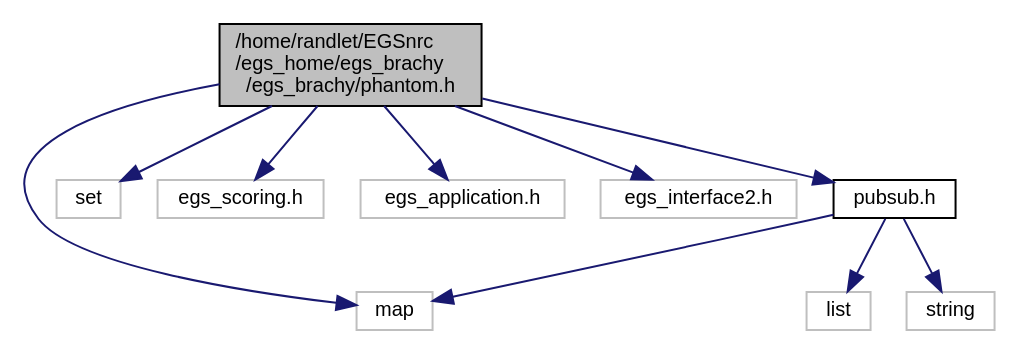
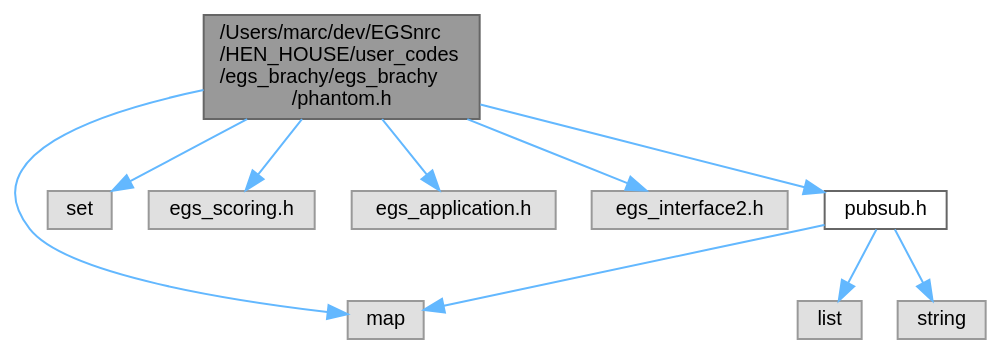
Before and after one commit to clrp-code/egs_brachy: the diagram in docs/phantom_8h__incl.dot, drawn with Graphviz. The commit also changed 1817 other files, not shown here.

```diff
--- a/docs/phantom_8h__incl.dot
+++ b/docs/phantom_8h__incl.dot
@@ -1,23 +1,25 @@
-digraph "/home/randlet/EGSnrc/egs_home/egs_brachy/egs_brachy/phantom.h"
+digraph "/Users/marc/dev/EGSnrc/HEN_HOUSE/user_codes/egs_brachy/egs_brachy/phantom.h"
 {
-  edge [fontname="Helvetica",fontsize="10",labelfontname="Helvetica",labelfontsize="10"];
-  node [fontname="Helvetica",fontsize="10",shape=record];
-  Node0 [label="/home/randlet/EGSnrc\l/egs_home/egs_brachy\l/egs_brachy/phantom.h",height=0.2,width=0.4,color="black", fillcolor="grey75", style="filled", fontcolor="black"];
-  Node0 -> Node1 [color="midnightblue",fontsize="10",style="solid",fontname="Helvetica"];
-  Node1 [label="map",height=0.2,width=0.4,color="grey75", fillcolor="white", style="filled"];
-  Node0 -> Node2 [color="midnightblue",fontsize="10",style="solid",fontname="Helvetica"];
-  Node2 [label="set",height=0.2,width=0.4,color="grey75", fillcolor="white", style="filled"];
-  Node0 -> Node3 [color="midnightblue",fontsize="10",style="solid",fontname="Helvetica"];
-  Node3 [label="egs_scoring.h",height=0.2,width=0.4,color="grey75", fillcolor="white", style="filled"];
-  Node0 -> Node4 [color="midnightblue",fontsize="10",style="solid",fontname="Helvetica"];
-  Node4 [label="egs_application.h",height=0.2,width=0.4,color="grey75", fillcolor="white", style="filled"];
-  Node0 -> Node5 [color="midnightblue",fontsize="10",style="solid",fontname="Helvetica"];
-  Node5 [label="egs_interface2.h",height=0.2,width=0.4,color="grey75", fillcolor="white", style="filled"];
-  Node0 -> Node6 [color="midnightblue",fontsize="10",style="solid",fontname="Helvetica"];
-  Node6 [label="pubsub.h",height=0.2,width=0.4,color="black", fillcolor="white", style="filled",URL="$pubsub_8h.html",tooltip="A simple pub/sub module to allow various egs_brachy classes to subscribe to particle events..."];
-  Node6 -> Node7 [color="midnightblue",fontsize="10",style="solid",fontname="Helvetica"];
-  Node7 [label="list",height=0.2,width=0.4,color="grey75", fillcolor="white", style="filled"];
-  Node6 -> Node8 [color="midnightblue",fontsize="10",style="solid",fontname="Helvetica"];
-  Node8 [label="string",height=0.2,width=0.4,color="grey75", fillcolor="white", style="filled"];
-  Node6 -> Node1 [color="midnightblue",fontsize="10",style="solid",fontname="Helvetica"];
+ // LATEX_PDF_SIZE
+  bgcolor="transparent";
+  edge [fontname=Helvetica,fontsize=10,labelfontname=Helvetica,labelfontsize=10];
+  node [fontname=Helvetica,fontsize=10,shape=box,height=0.2,width=0.4];
+  Node1 [label="/Users/marc/dev/EGSnrc\l/HEN_HOUSE/user_codes\l/egs_brachy/egs_brachy\l/phantom.h",height=0.2,width=0.4,color="gray40", fillcolor="grey60", style="filled", fontcolor="black",tooltip="Header file for phantom objects."];
+  Node1 -> Node2 [color="steelblue1",style="solid"];
+  Node2 [label="map",height=0.2,width=0.4,color="grey60", fillcolor="#E0E0E0", style="filled",tooltip=" "];
+  Node1 -> Node3 [color="steelblue1",style="solid"];
+  Node3 [label="set",height=0.2,width=0.4,color="grey60", fillcolor="#E0E0E0", style="filled",tooltip=" "];
+  Node1 -> Node4 [color="steelblue1",style="solid"];
+  Node4 [label="egs_scoring.h",height=0.2,width=0.4,color="grey60", fillcolor="#E0E0E0", style="filled",tooltip=" "];
+  Node1 -> Node5 [color="steelblue1",style="solid"];
+  Node5 [label="egs_application.h",height=0.2,width=0.4,color="grey60", fillcolor="#E0E0E0", style="filled",tooltip=" "];
+  Node1 -> Node6 [color="steelblue1",style="solid"];
+  Node6 [label="egs_interface2.h",height=0.2,width=0.4,color="grey60", fillcolor="#E0E0E0", style="filled",tooltip=" "];
+  Node1 -> Node7 [color="steelblue1",style="solid"];
+  Node7 [label="pubsub.h",height=0.2,width=0.4,color="grey40", fillcolor="white", style="filled",URL="$pubsub_8h.html",tooltip="A simple pub/sub module to allow various egs_brachy classes to subscribe to particle events."];
+  Node7 -> Node8 [color="steelblue1",style="solid"];
+  Node8 [label="list",height=0.2,width=0.4,color="grey60", fillcolor="#E0E0E0", style="filled",tooltip=" "];
+  Node7 -> Node9 [color="steelblue1",style="solid"];
+  Node9 [label="string",height=0.2,width=0.4,color="grey60", fillcolor="#E0E0E0", style="filled",tooltip=" "];
+  Node7 -> Node2 [color="steelblue1",style="solid"];
 }
```
